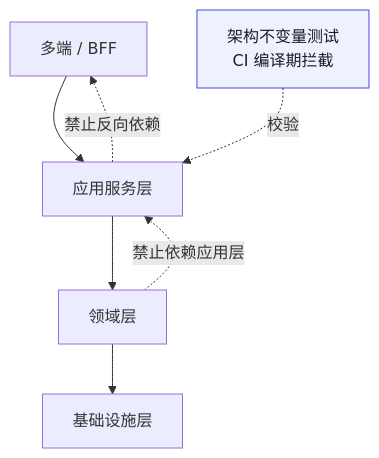
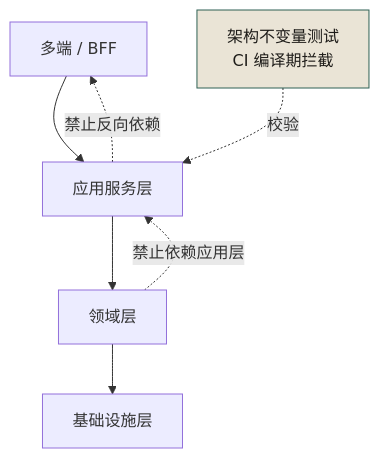
The first of 2 diagrams in docs/manuscript/ch13-第8章-目标架构.md (funny8kids/AI_Native_Software_Engineering), drawn with Mermaid before and after one commit. The commit also changed other lines of this file and 81 other files, not shown here.

````diff
--- a/docs/manuscript/ch13-第8章-目标架构.md
+++ b/docs/manuscript/ch13-第8章-目标架构.md
@@ -6,10 +13,10 @@
 ```mermaid
 flowchart TB
   UI[多端 / BFF] --> APP[应用服务层]
   APP --> DOM[领域层]
   DOM --> INFRA[基础设施层]
   APP -.禁止反向依赖.-> UI
   DOM -.禁止依赖应用层.-> APP
   CHECK[架构不变量测试<br/>CI 编译期拦截] -.校验.-> APP
-  style CHECK fill:#eef2ff,stroke:#4f46e5,color:#1a1d23
+  style CHECK fill:#eae4d6,stroke:#2f6154,color:#1e1c19
 ```
````
